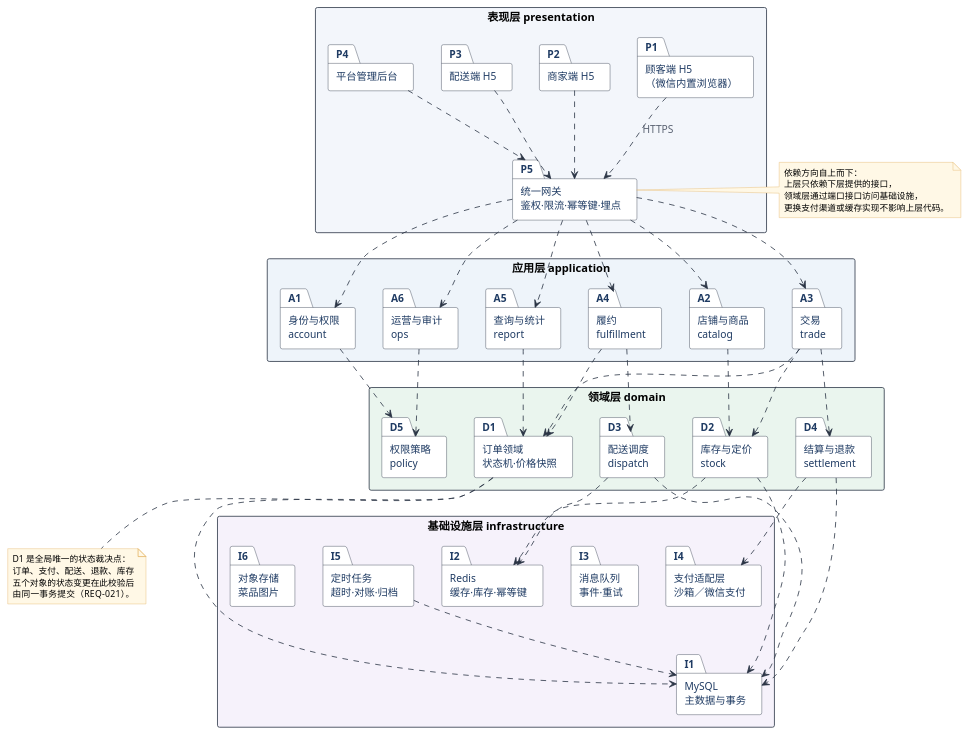
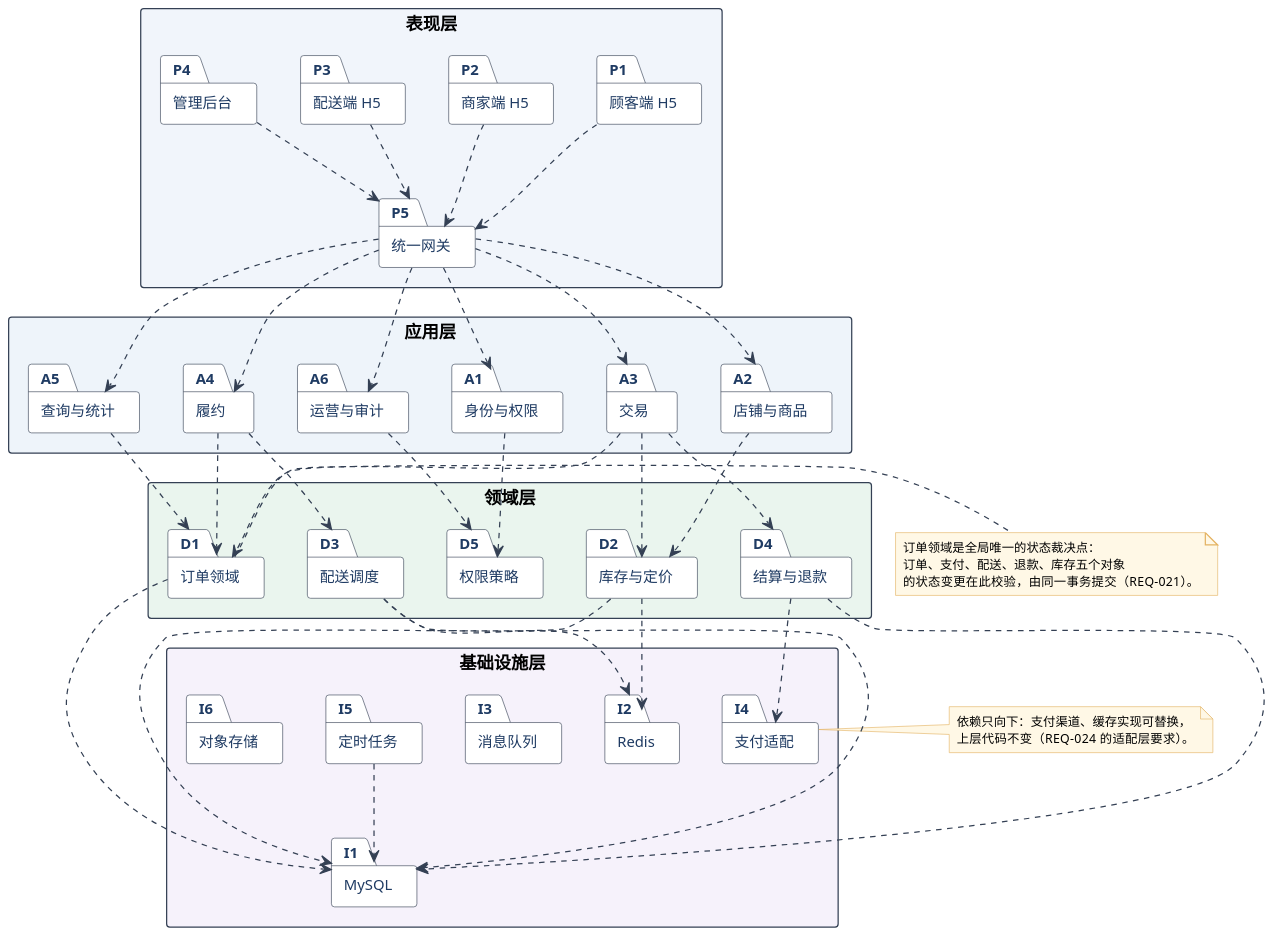
The diagram in lab2/UML/UML包图.puml (yui060814zwp-creator/SE-lab), drawn with PlantUML before and after one commit. The commit also changed 21 other files, not shown here.

Commit message:
lab2: 按评审意见重画 UML，补足三类图（11 张，类图拆为交易域与账号商品域）

```diff
--- a/lab2/UML/UML包图.puml
+++ b/lab2/UML/UML包图.puml
@@ -1,97 +1,95 @@
 @startuml UML包图
 skinparam defaultFontName "Microsoft YaHei"
 skinparam shadowing false
 skinparam packageStyle rectangle
-skinparam ArrowColor #2B3445
+skinparam ArrowColor #344054
 skinparam ArrowFontColor #5A6272
+skinparam dpi 150
 skinparam package {
   BackgroundColor #FFFFFF
-  BorderColor #2B3445
+  BorderColor #344054
   FontColor #1F3B63
-  FontSize 13
+  FontSize 12
 }
 skinparam note {
   BackgroundColor #FFF8E6
   BorderColor #E4B363
-  FontSize 11
+  FontSize 10
+}
+hide stereotype
+
+package "表现层" as PRES #F1F5FB {
+  package "顾客端 H5" as P1
+  package "商家端 H5" as P2
+  package "配送端 H5" as P3
+  package "管理后台" as P4
+  package "统一网关" as P5
 }
 
-package "表现层 presentation" as PRES #F3F6FB {
-  package "顾客端 H5\n（微信内置浏览器）" as P1
-  package "商家端 H5" as P2
-  package "配送端 H5" as P3
-  package "平台管理后台" as P4
-  package "统一网关\n鉴权·限流·幂等键·埋点" as P5
+package "应用层" as APP #EEF4FA {
+  package "身份与权限" as A1
+  package "店铺与商品" as A2
+  package "交易" as A3
+  package "履约" as A4
+  package "查询与统计" as A5
+  package "运营与审计" as A6
 }
 
-package "应用层 application" as APP #EEF4FA {
-  package "身份与权限\naccount" as A1
-  package "店铺与商品\ncatalog" as A2
-  package "交易\ntrade" as A3
-  package "履约\nfulfillment" as A4
-  package "查询与统计\nreport" as A5
-  package "运营与审计\nops" as A6
+package "领域层" as DOM #EAF5EE {
+  package "订单领域" as D1
+  package "库存与定价" as D2
+  package "配送调度" as D3
+  package "结算与退款" as D4
+  package "权限策略" as D5
 }
 
-package "领域层 domain" as DOM #EAF5EE {
-  package "订单领域\n状态机·价格快照" as D1
-  package "库存与定价\nstock" as D2
-  package "配送调度\ndispatch" as D3
-  package "结算与退款\nsettlement" as D4
-  package "权限策略\npolicy" as D5
+package "基础设施层" as INF #F6F2FB {
+  package "MySQL" as I1
+  package "Redis" as I2
+  package "消息队列" as I3
+  package "支付适配" as I4
+  package "定时任务" as I5
+  package "对象存储" as I6
 }
 
-package "基础设施层 infrastructure" as INF #F6F2FB {
-  package "MySQL\n主数据与事务" as I1
-  package "Redis\n缓存·库存·幂等键" as I2
-  package "消息队列\n事件·重试" as I3
-  package "支付适配层\n沙箱／微信支付" as I4
-  package "定时任务\n超时·对账·归档" as I5
-  package "对象存储\n菜品图片" as I6
-}
-
-P1 ..> P5 : HTTPS
+P1 ..> P5
 P2 ..> P5
 P3 ..> P5
 P4 ..> P5
 
 P5 ..> A1
 P5 ..> A2
 P5 ..> A3
 P5 ..> A4
 P5 ..> A5
 P5 ..> A6
 
 A1 ..> D5
 A2 ..> D2
 A3 ..> D1
 A3 ..> D2
 A3 ..> D4
 A4 ..> D1
 A4 ..> D3
 A5 ..> D1
 A6 ..> D5
 
 D1 ..> I1
 D2 ..> I1
 D2 ..> I2
 D3 ..> I1
 D3 ..> I2
+D4 ..> I1
 D4 ..> I4
-D4 ..> I1
 I5 ..> I1
 
-note right of P5
-  依赖方向自上而下：
-  上层只依赖下层提供的接口，
-  领域层通过端口接口访问基础设施，
-  更换支付渠道或缓存实现不影响上层代码。
+note right of D1
+  订单领域是全局唯一的状态裁决点：
+  订单、支付、配送、退款、库存五个对象
+  的状态变更在此校验，由同一事务提交（REQ-021）。
 end note
-
-note bottom of D1
-  D1 是全局唯一的状态裁决点：
-  订单、支付、配送、退款、库存
-  五个对象的状态变更在此校验后
-  由同一事务提交（REQ-021）。
+note left of I4
+  依赖只向下：支付渠道、缓存实现可替换，
+  上层代码不变（REQ-024 的适配层要求）。
 end note
 @enduml
```
